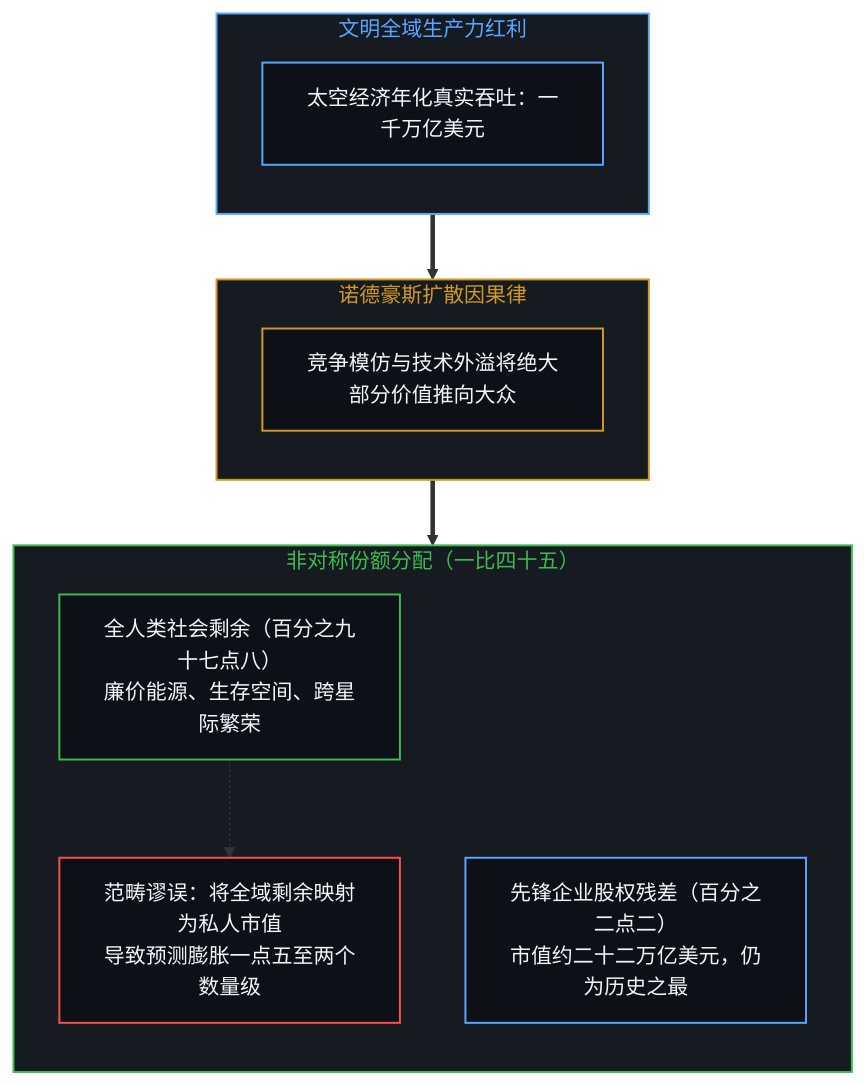
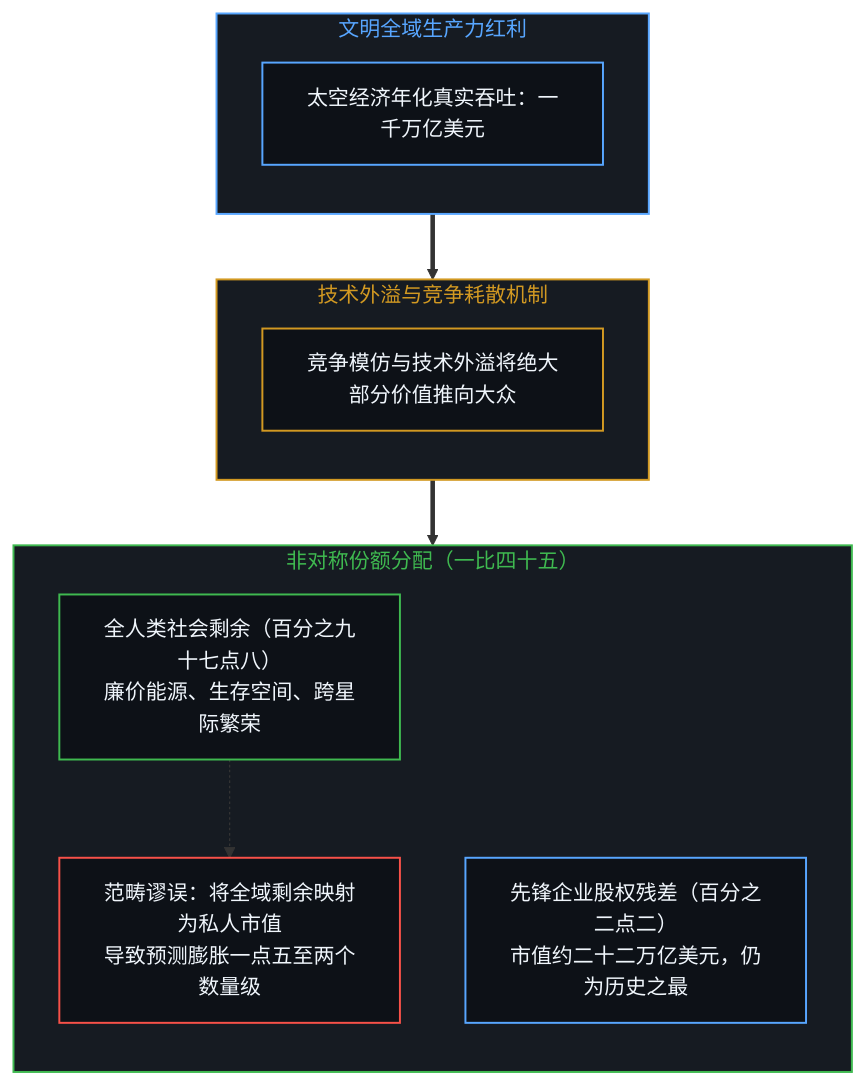
Before and after one commit to powerpig99/not-a-toe: the seventh of 14 diagrams in content/posts/beyond-the-hundred-trillion-horizon.md, drawn with Mermaid. The commit also changed other lines of this file and 4 other files, not shown here.

````diff
--- a/content/posts/beyond-the-hundred-trillion-horizon.md
+++ b/content/posts/beyond-the-hundred-trillion-horizon.md
@@ -273,33 +273,33 @@
 ```mermaid
 flowchart TD
     classDef default fill:#0d1117,stroke:#30363d,stroke-width:1px,color:#f0f6fc;
     classDef mind fill:#0d1117,stroke:#3fb950,stroke-width:1.5px,color:#f0f6fc;
     classDef warn fill:#0d1117,stroke:#d29922,stroke-width:1.5px,color:#f0f6fc;
     classDef fail fill:#0d1117,stroke:#f85149,stroke-width:1.5px,color:#f0f6fc;
     classDef model fill:#0d1117,stroke:#58a6ff,stroke-width:1.5px,color:#f0f6fc;
 
     subgraph S_TOTAL_ZH ["文明全域生产力红利"]
         direction TB
         COSMIC_SURPLUS["太空经济年化真实吞吐：一千万亿美元"]:::model
     end
 
-    subgraph S_DIFFUSE_ZH ["诺德豪斯扩散因果律"]
+    subgraph S_DIFFUSE_ZH ["技术外溢与竞争耗散机制"]
         direction TB
         DISSIPATE["竞争模仿与技术外溢将绝大部分价值推向大众"]:::warn
     end
 
     subgraph S_SHARES_ZH ["非对称份额分配（一比四十五）"]
         direction TB
         PUBLIC_DIVIDEND["全人类社会剩余（百分之九十七点八）<br/>廉价能源、生存空间、跨星际繁荣"]:::mind
         PRIVATE_EQUITY["先锋企业股权残差（百分之二点二）<br/>市值约二十二万亿美元，仍为历史之最"]:::model
         MISMATCH["范畴谬误：将全域剩余映射为私人市值<br/>导致预测膨胀一点五至两个数量级"]:::fail
         PUBLIC_DIVIDEND -.-> MISMATCH
     end
 
     S_TOTAL_ZH ==> S_DIFFUSE_ZH
     S_DIFFUSE_ZH ==> S_SHARES_ZH
 
     style S_TOTAL_ZH fill:#161b22,stroke:#58a6ff,stroke-width:1.5px,color:#58a6ff
     style S_DIFFUSE_ZH fill:#161b22,stroke:#d29922,stroke-width:1.5px,color:#d29922
     style S_SHARES_ZH fill:#161b22,stroke:#3fb950,stroke-width:1.5px,color:#3fb950
 ```
````
